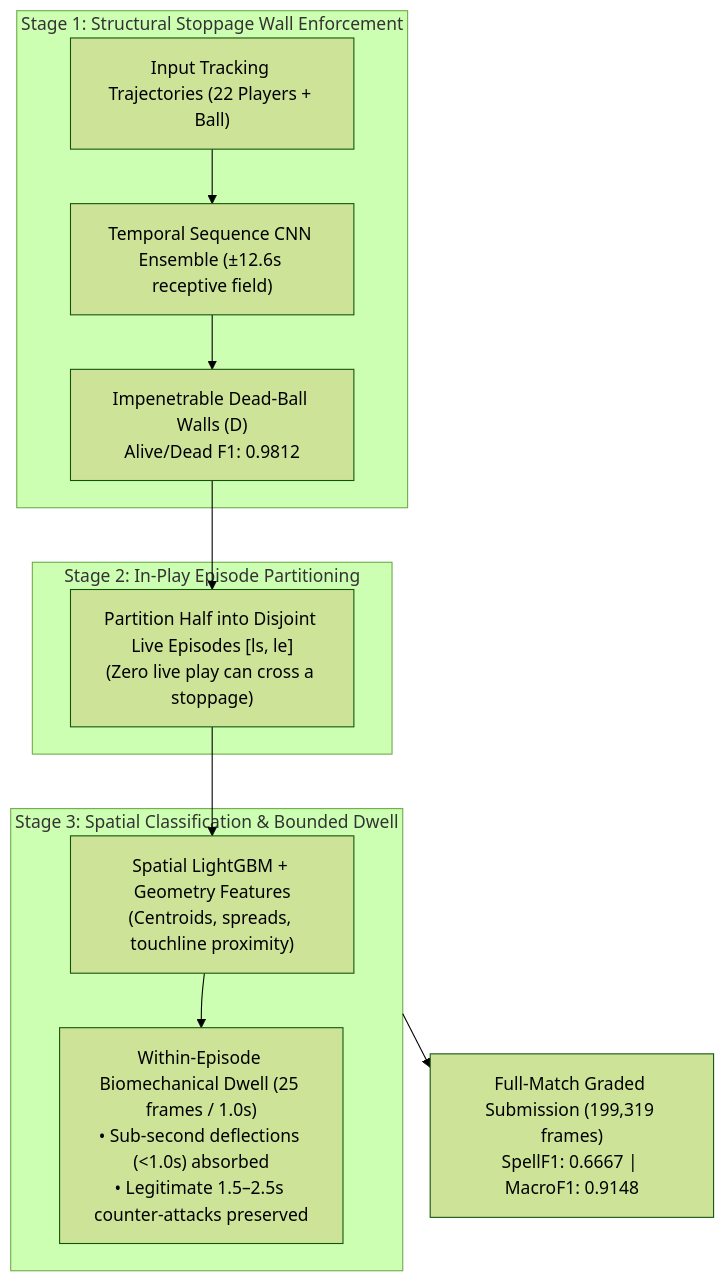
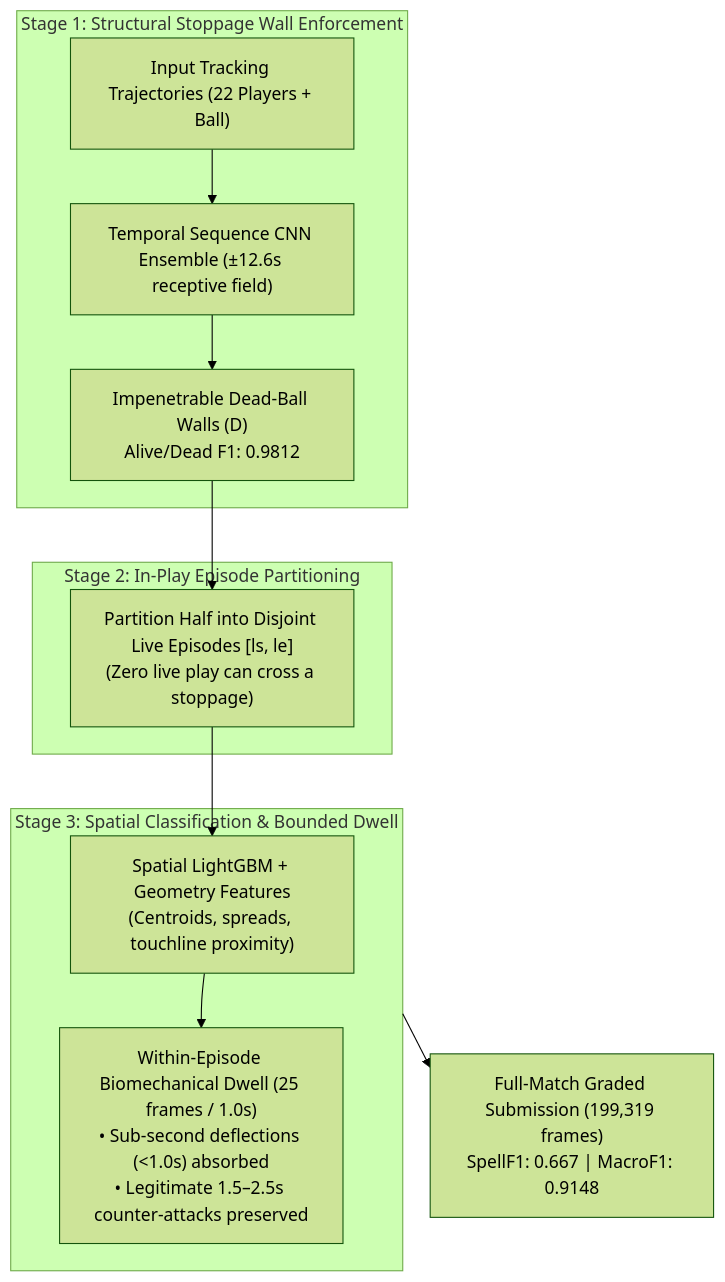
One commit to harveycheung2/Mes-Que-Un-Hack-more-than-a-hack changed the diagram in TECHNICAL_DOCUMENT.md. Above: the diagram before and after it, drawn with Mermaid (forest theme). The commit also changed other lines of this file and 17 other files, not shown here.

````diff
--- a/TECHNICAL_DOCUMENT.md
+++ b/TECHNICAL_DOCUMENT.md
@@ -28,18 +30,18 @@
 ```mermaid
 flowchart TD
     subgraph S1["Stage 1: Structural Stoppage Wall Enforcement"]
         Raw["Input Tracking Trajectories (22 Players + Ball)"] --> CNN["Temporal Sequence CNN Ensemble (±12.6s receptive field)"]
         CNN --> Dead["Impenetrable Dead-Ball Walls (D)<br/>Alive/Dead F1: 0.9812"]
     end
 
     subgraph S2["Stage 2: In-Play Episode Partitioning"]
         Dead --> Split["Partition Half into Disjoint Live Episodes [ls, le]<br/>(Zero live play can cross a stoppage)"]
     end
 
     subgraph S3["Stage 3: Spatial Classification & Bounded Dwell"]
         Split --> Spatial["Spatial LightGBM + Geometry Features<br/>(Centroids, spreads, touchline proximity)"]
         Spatial --> Dwell["Within-Episode Biomechanical Dwell (25 frames / 1.0s)<br/>• Sub-second deflections (<1.0s) absorbed<br/>• Legitimate 1.5–2.5s counter-attacks preserved"]
     end
 
-    S3 --> Out["Full-Match Graded Submission (199,319 frames)<br/>SpellF1: 0.6667 | MacroF1: 0.9148"]
+    S3 --> Out["Full-Match Graded Submission (199,319 frames)<br/>SpellF1: 0.667 | MacroF1: 0.9148"]
 ```
````
